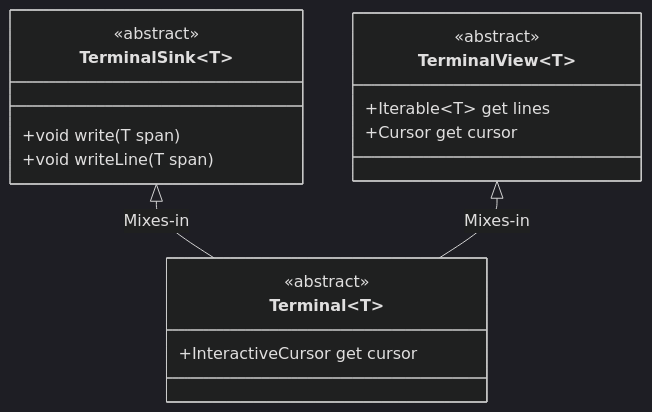
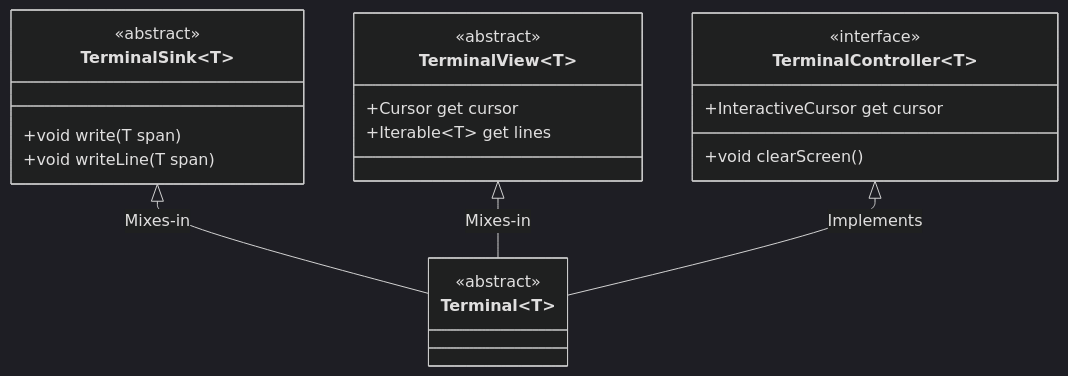
Before and after one commit to matanlurey/dt: the diagram in README.md, drawn with Mermaid (dark theme). The commit also changed other lines of this file and 12 other files, not shown here.

Commit message:
Introduce and use TerminalController.

````diff
--- a/README.md
+++ b/README.md
@@ -67,19 +70,24 @@
 ```mermaid
 classDiagram
   class TerminalSink~T~
   <<abstract>> TerminalSink
     TerminalSink~T~ : +void write(T span)
     TerminalSink~T~ : +void writeLine(T span)
 
+  class TerminalController~T~
+  <<interface>> TerminalController
+    TerminalController~T~ : +InteractiveCursor get cursor
+    TerminalController~T~ : +void clearScreen()
+
   class TerminalView~T~
   <<abstract>> TerminalView
+    TerminalView~T~ : +Cursor get cursor
     TerminalView~T~ : +Iterable~T~ get lines
-    TerminalView~T~ : +Cursor get cursor
 
   class Terminal~T~
   <<abstract>> Terminal
-    Terminal~T~ : +InteractiveCursor get cursor
   
   TerminalSink~T~ <|-- Terminal~T~ : Mixes-in
   TerminalView~T~ <|-- Terminal~T~ : Mixes-in
+  TerminalController~T~ <|-- Terminal~T~ : Implements
 ```
````
